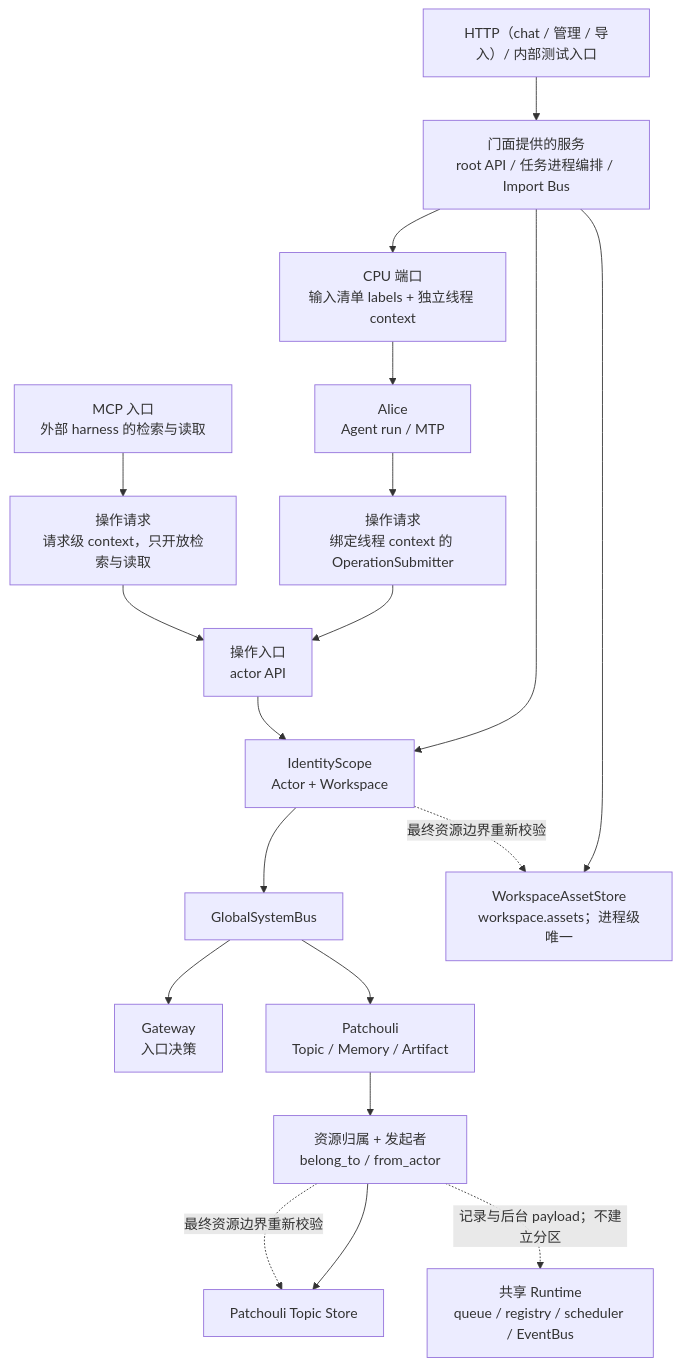
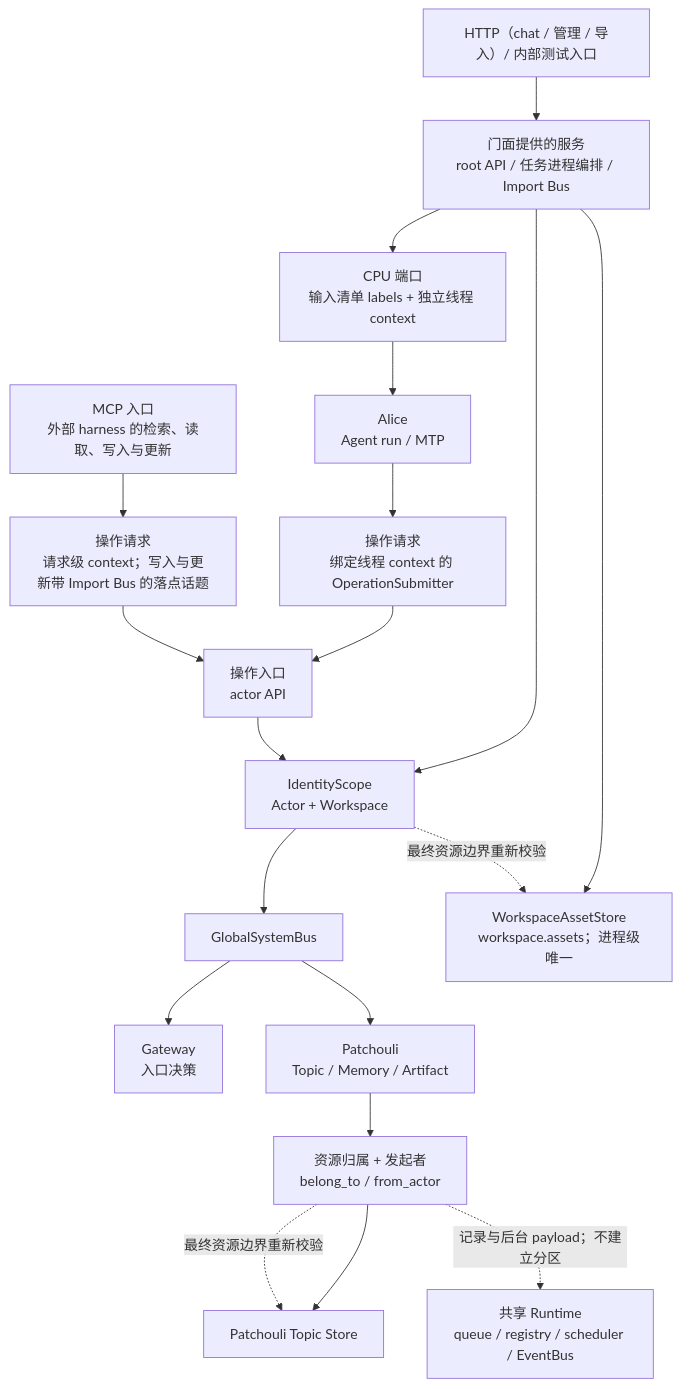
One commit to artemis03976/HiveMemory changed the diagram in docs/workspace/README.md. Above: the diagram before and after it, drawn with Mermaid. The commit also changed other lines of this file and 78 other files, not shown here.

````diff
--- a/docs/workspace/README.md
+++ b/docs/workspace/README.md
@@ -64,29 +64,29 @@
 ```mermaid
 flowchart TB
     IN["HTTP（chat / 管理 / 导入）/ 内部测试入口"]
-    MCP["MCP 入口\n外部 harness 的检索与读取"]
+    MCP["MCP 入口\n外部 harness 的检索、读取、写入与更新"]
     SCOPE["IdentityScope\nActor + Workspace"]
     APP["门面提供的服务\nroot API / 任务进程编排 / Import Bus"]
     ENTRY["操作入口\nactor API"]
     BUS["GlobalSystemBus"]
     GW["Gateway\n入口决策"]
     PA["Patchouli\nTopic / Memory / Artifact"]
     IDENTITY["资源归属 + 发起者\nbelong_to / from_actor"]
     AL["Alice\nAgent run / MTP"]
     TOPIC["Patchouli Topic Store"]
     ASSET["WorkspaceAssetStore\nworkspace.assets；进程级唯一"]
     SHARED["共享 Runtime\nqueue / registry / scheduler / EventBus"]
 
     IN --> APP
     APP --> SCOPE --> BUS
     BUS --> GW
     BUS --> PA
     APP --> CPU["CPU 端口\n输入清单 labels + 独立线程 context"] --> AL
     AL --> OP["操作请求\n绑定线程 context 的 OperationSubmitter"] --> ENTRY --> SCOPE
-    MCP --> REQ["操作请求\n请求级 context，只开放检索与读取"] --> ENTRY
+    MCP --> REQ["操作请求\n请求级 context；写入与更新带 Import Bus 的落点话题"] --> ENTRY
     PA --> IDENTITY --> TOPIC
     APP --> ASSET
     IDENTITY -. "最终资源边界重新校验" .-> TOPIC
     SCOPE -. "最终资源边界重新校验" .-> ASSET
     IDENTITY -. "记录与后台 payload；不建立分区" .-> SHARED
 ```
````
